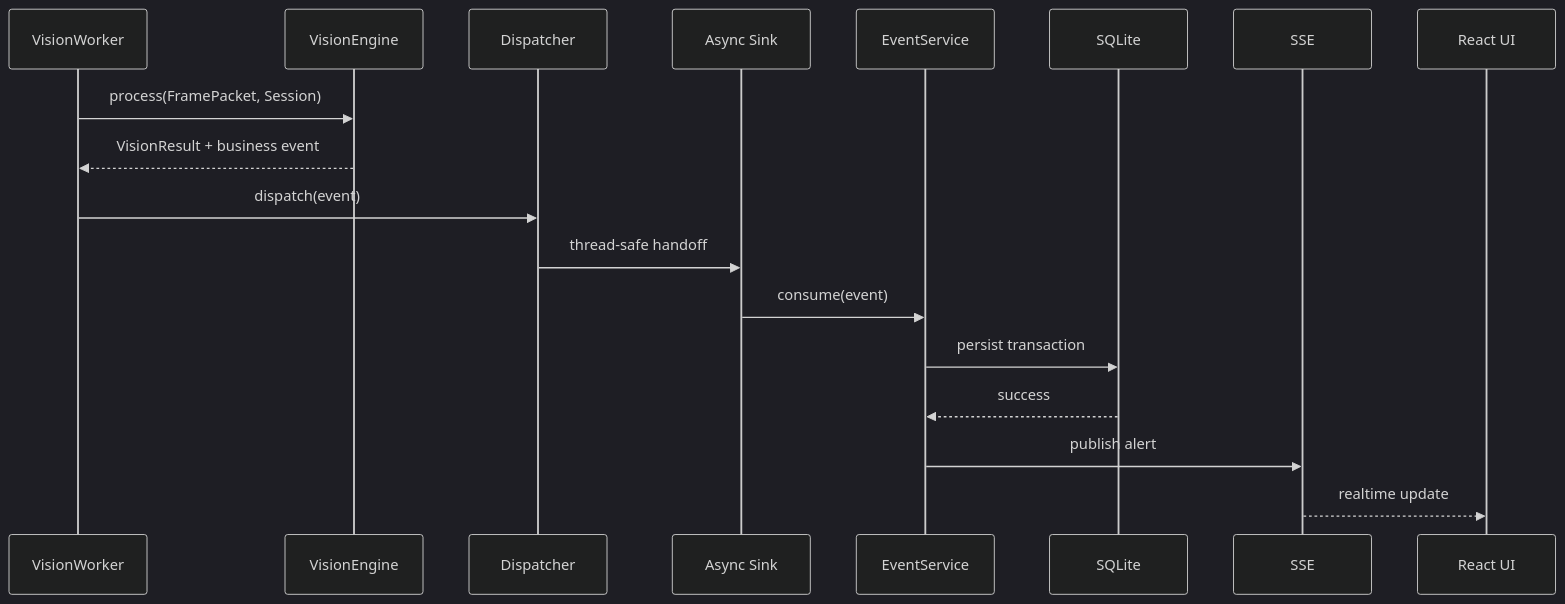
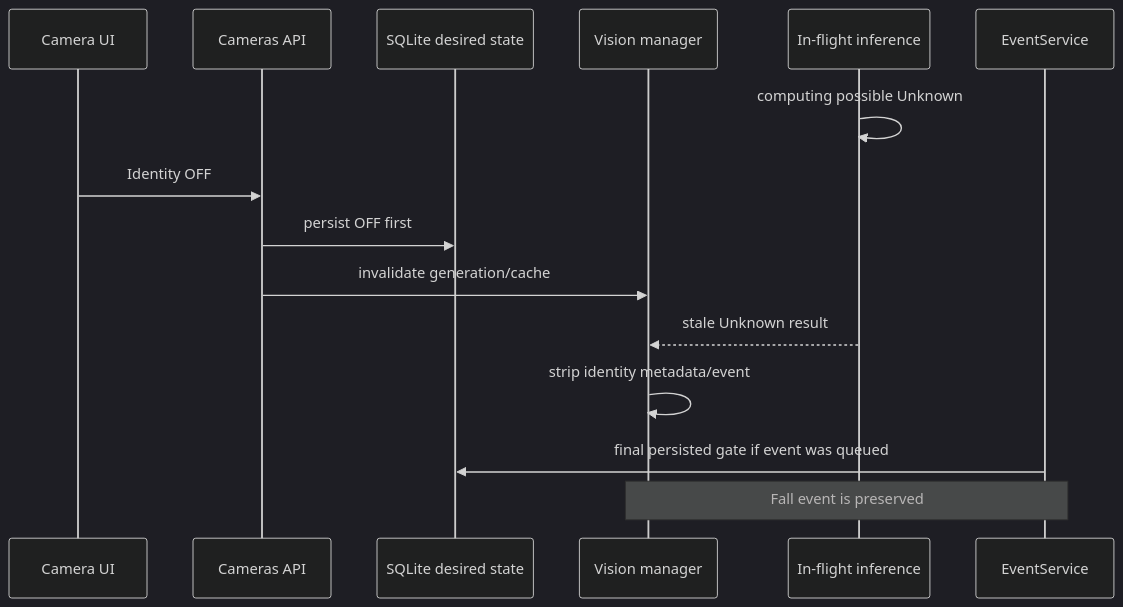
The fifth of 7 diagrams in docs/architecture_diagram.md (daoquocdai/P227), drawn with Mermaid (dark theme) before and after one commit. The commit also changed other lines of this file and 23 other files, not shown here.

Commit message:
refactor: simplify vision flow and strengthen regression tests

````diff
--- a/docs/architecture_diagram.md
+++ b/docs/architecture_diagram.md
@@ -152,21 +89,18 @@
 ```mermaid
 sequenceDiagram
-    participant VW as VisionWorker
-    participant VE as VisionEngine
-    participant D as Dispatcher
-    participant S as Async Sink
+    participant UI as Camera UI
+    participant API as Cameras API
+    participant DB as SQLite desired state
+    participant M as Vision manager
+    participant E as In-flight inference
     participant ES as EventService
-    participant DB as SQLite
-    participant SSE as SSE
-    participant UI as React UI
 
-    VW->>VE: process(FramePacket, Session)
-    VE-->>VW: VisionResult + business event
-    VW->>D: dispatch(event)
-    D->>S: thread-safe handoff
-    S->>ES: consume(event)
-    ES->>DB: persist transaction
-    DB-->>ES: success
-    ES->>SSE: publish alert
-    SSE-->>UI: realtime update
+    E->>E: computing possible Unknown
+    UI->>API: Identity OFF
+    API->>DB: persist OFF first
+    API->>M: invalidate generation/cache
+    E-->>M: stale Unknown result
+    M->>M: strip identity metadata/event
+    ES->>DB: final persisted gate if event was queued
+    Note over M,ES: Fall event is preserved
 ```
````
